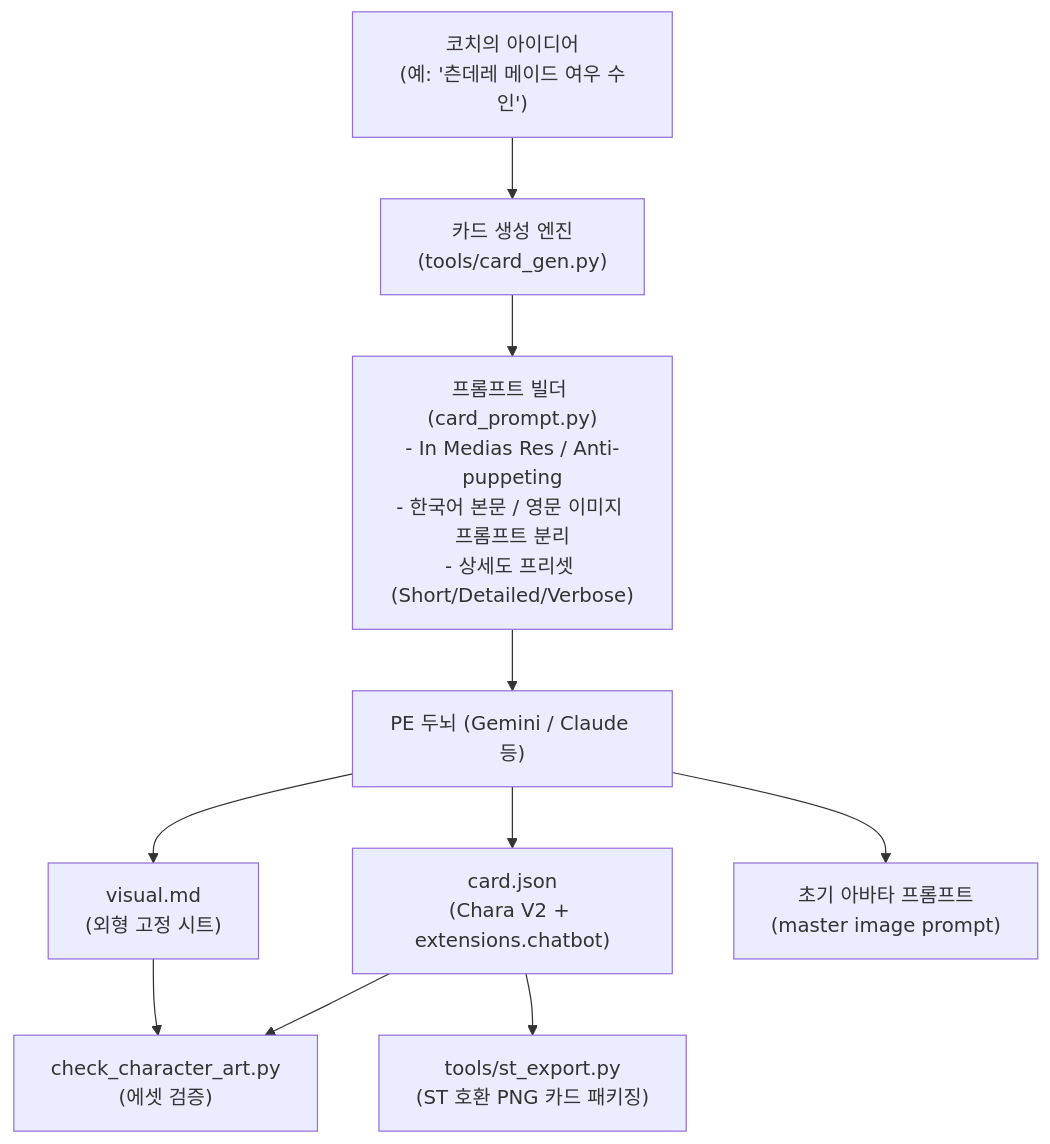
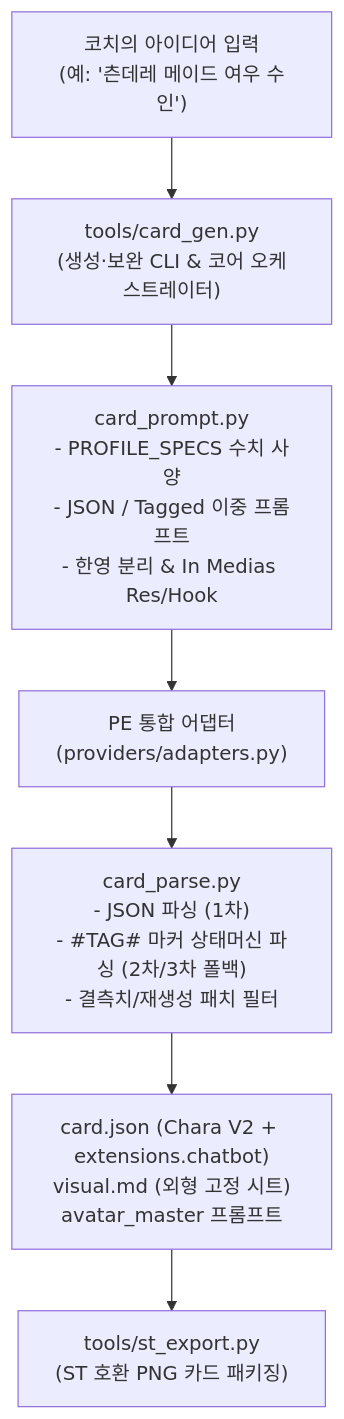
The diagram in docs/plans/character-generation-system.md (See1Studios/chatbot), drawn with Mermaid before and after one commit. The commit also changed other lines of this file, not shown here.

First line of the commit message:
docs(plans): update character-generation-system with ST-CardGen Python porting architecture

````diff
--- a/docs/plans/character-generation-system.md
+++ b/docs/plans/character-generation-system.md
@@ -37,11 +56,9 @@
 ```mermaid
 flowchart TD
-    User["코치의 아이디어\n(예: '츤데레 메이드 여우 수인')"] --> CG["카드 생성 엔진\n(tools/card_gen.py)"]
-    CG --> Prompt["프롬프트 빌더 (card_prompt.py)\n- In Medias Res / Anti-puppeting\n- 한국어 본문 / 영문 이미지 프롬프트 분리\n- 상세도 프리셋 (Short/Detailed/Verbose)"]
-    Prompt --> LLM["PE 두뇌 (Gemini / Claude 등)"]
-    LLM --> Card["card.json\n(Chara V2 + extensions.chatbot)"]
-    LLM --> Visual["visual.md\n(외형 고정 시트)"]
-    LLM --> ImgPrompt["초기 아바타 프롬프트\n(master image prompt)"]
-    Card & Visual --> Check["check_character_art.py\n(에셋 검증)"]
-    Card --> Export["tools/st_export.py\n(ST 호환 PNG 카드 패키징)"]
+    User["코치의 아이디어 입력\n(예: '츤데레 메이드 여우 수인')"] --> CG["tools/card_gen.py\n(생성·보완 CLI & 코어 오케스트레이터)"]
+    CG --> Prompt["card_prompt.py\n- PROFILE_SPECS 수치 사양\n- JSON / Tagged 이중 프롬프트\n- 한영 분리 & In Medias Res/Hook"]
+    Prompt --> Adapt["PE 통합 어댑터\n(providers/adapters.py)"]
+    Adapt --> Parse["card_parse.py\n- JSON 파싱 (1차)\n- #TAG# 마커 상태머신 파싱 (2차/3차 폴백)\n- 결측치/재생성 패치 필터"]
+    Parse --> Res["card.json (Chara V2 + extensions.chatbot)\nvisual.md (외형 고정 시트)\navatar_master 프롬프트"]
+    Res --> Export["tools/st_export.py\n(ST 호환 PNG 카드 패키징)"]
 ```
````
